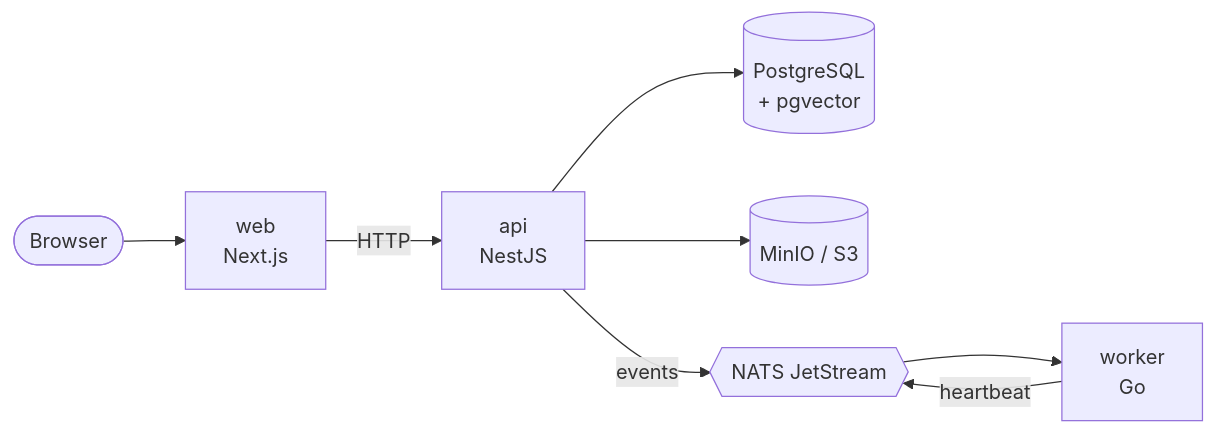
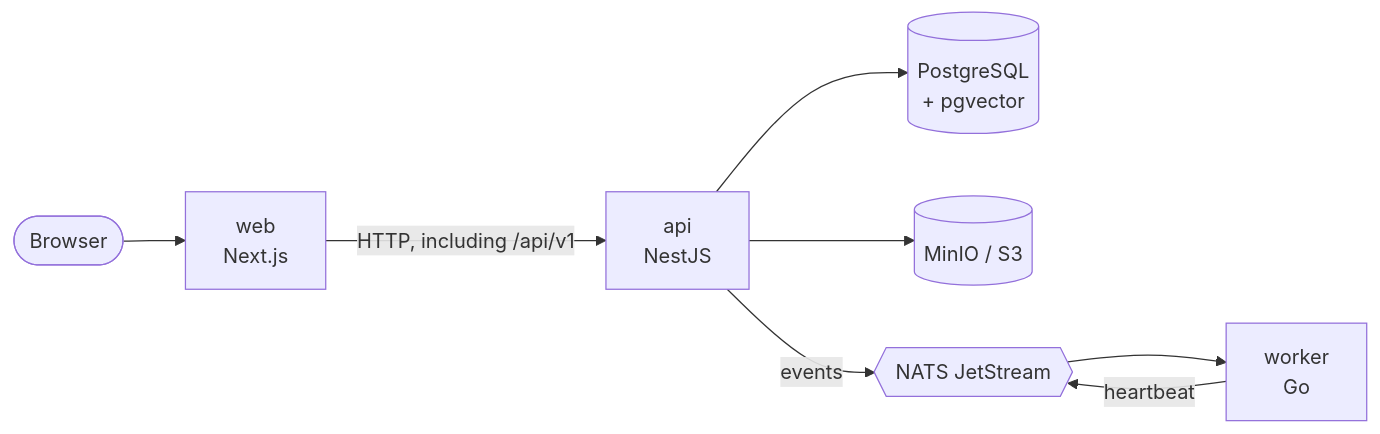
One commit to ricardoverita/verarag changed the diagram in README.en.md. Above: the diagram before and after it, drawn with Mermaid. The commit also changed other lines of this file and 16 other files, not shown here.

````diff
--- a/README.en.md
+++ b/README.en.md
@@ -52,10 +55,10 @@
 ```mermaid
 flowchart LR
     browser([Browser]) --> web["web<br/>Next.js"]
-    web -- HTTP --> api["api<br/>NestJS"]
+    web -- "HTTP, including /api/v1" --> api["api<br/>NestJS"]
     api --> postgres[("PostgreSQL<br/>+ pgvector")]
     api --> storage[("MinIO / S3")]
     api -- events --> nats{{"NATS JetStream"}}
     nats --> worker["worker<br/>Go"]
     worker -- heartbeat --> nats
 ```
````
